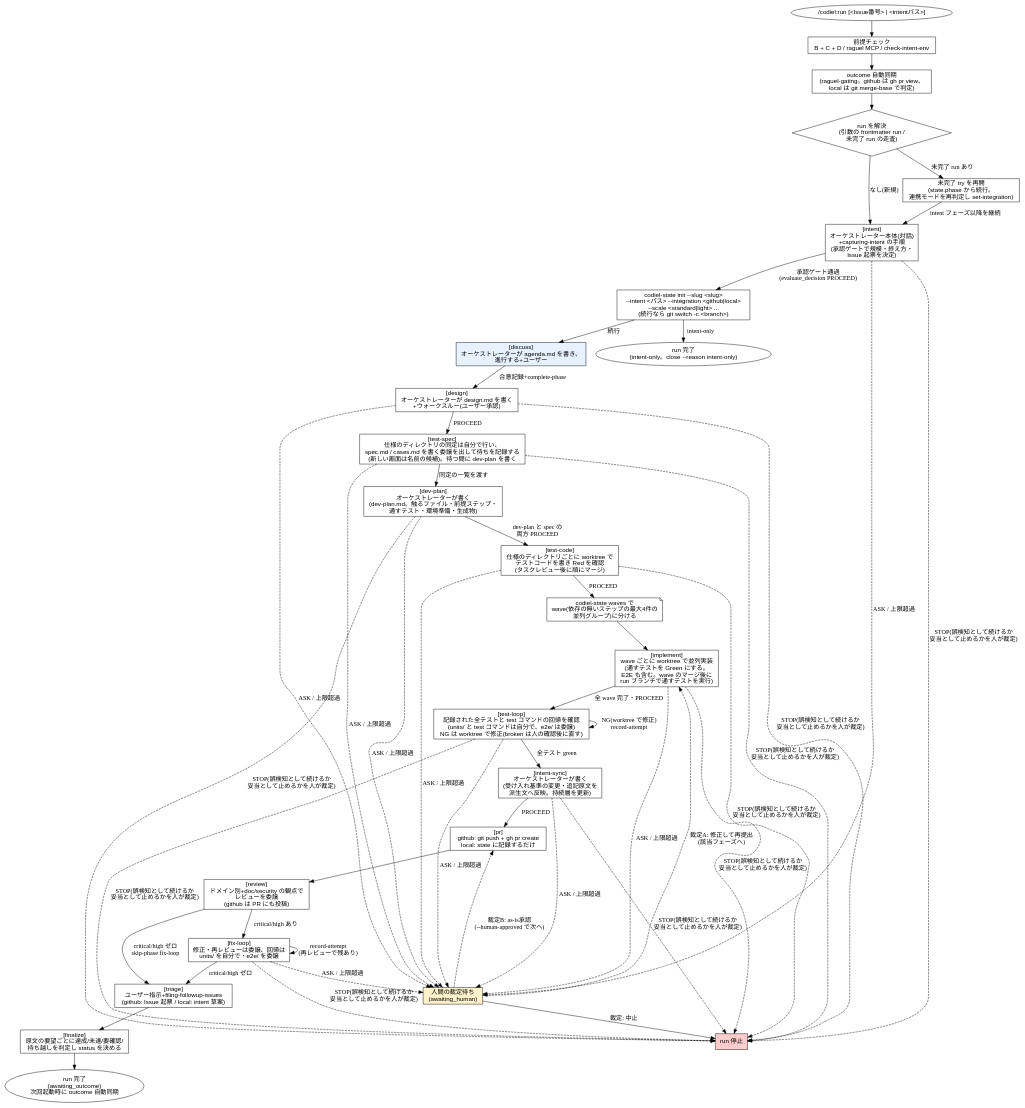
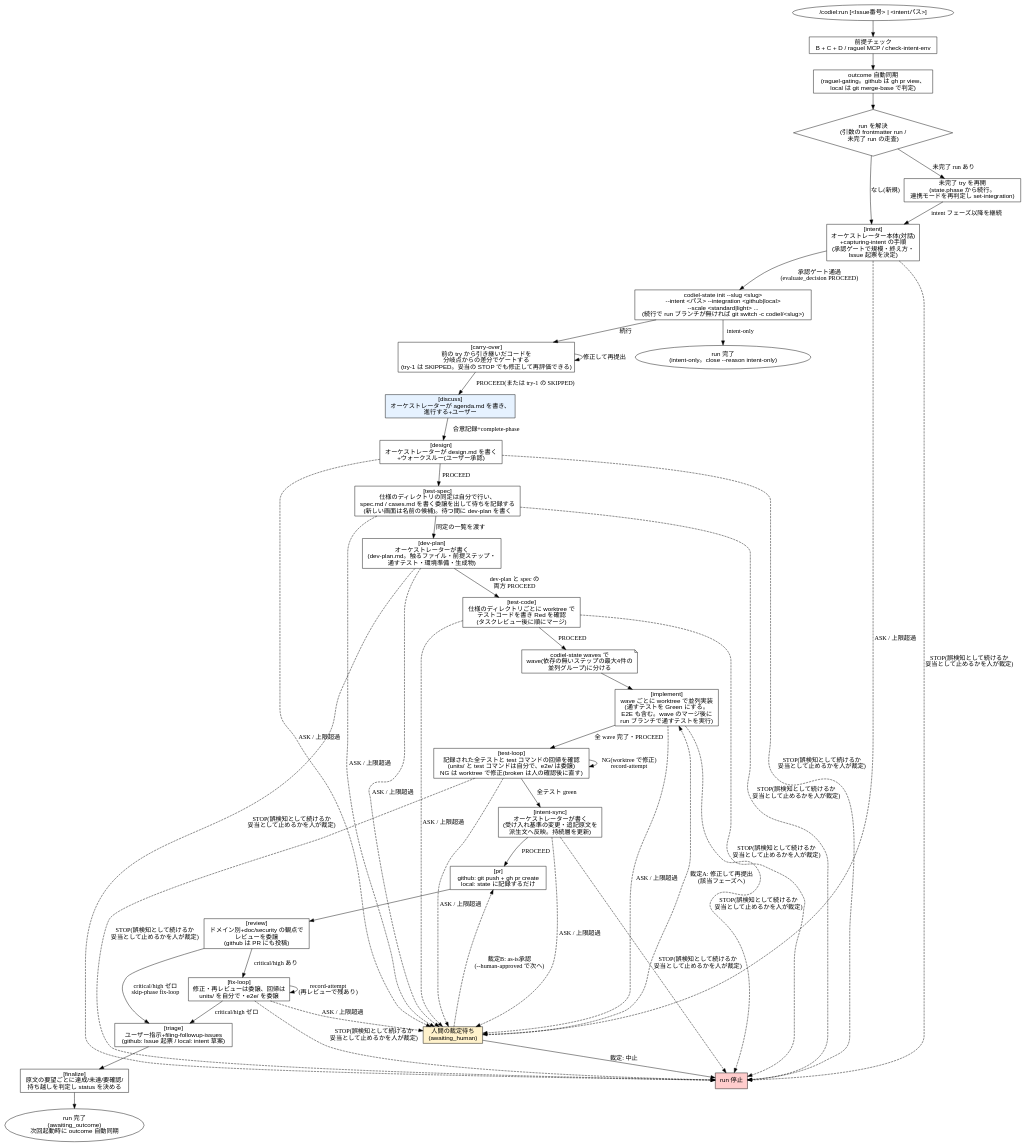
Diagram 14 of 14 in plugins/codiel/docs/skill-flowcharts.md (Amatsuka-kobo/amatsuka-claude-plugins), drawn with Graphviz before and after one commit. The commit also changed 32 other files, not shown here.

First line of the commit message:
feat(codiel): run のブランチを slug ごとに 1 本にし、引き継いだコードを carry-over で評価する

````diff
--- a/plugins/codiel/docs/skill-flowcharts.md
+++ b/plugins/codiel/docs/skill-flowcharts.md
@@ -574,66 +574,69 @@
 ```dot
 digraph codiel_run {
   rankdir=TB;
   node [fontname="sans-serif"];
 
   start [label="/codiel:run [<Issue番号> | <intentパス>]", shape=ellipse];
   precheck [label="前提チェック\nB + C + D / raguel MCP / check-intent-env", shape=box];
   sync [label="outcome 自動同期\n(raguel-gating。github は gh pr view、\nlocal は git merge-base で判定)", shape=box];
   resolve [label="run を解決\n(引数の frontmatter run /\n未完了 run の走査)", shape=diamond];
   resume [label="未完了 try を再開\n(state.phase から続行。\n連携モードを再判定し set-integration)", shape=box];
 
   intent [label="[intent]\nオーケストレーター本体(対話)\n+capturing-intent の手順\n(承認ゲートで規模・終え方・\nIssue 起票を決定)", shape=box];
-  intent_init [label="codiel-state init --slug <slug>\n--intent <パス> --integration <github|local>\n--scale <standard|light> ...\n(続行なら git switch -c <branch>)", shape=box];
+  intent_init [label="codiel-state init --slug <slug>\n--intent <パス> --integration <github|local>\n--scale <standard|light> ...\n(続行で run ブランチが無ければ git switch -c codiel/<slug>)", shape=box];
+  carryover [label="[carry-over]\n前の try から引き継いだコードを\n分岐点からの差分でゲートする\n(try-1 は SKIPPED。妥当の STOP でも修正して再評価できる)", shape=box];
   discuss [label="[discuss]\nオーケストレーターが agenda.md を書き、\n進行する+ユーザー", shape=box, style=filled, fillcolor="#e6f2ff"];
   design [label="[design]\nオーケストレーターが design.md を書く\n+ウォークスルー(ユーザー承認)", shape=box];
   testspec [label="[test-spec]\n仕様のディレクトリの同定は自分で行い、\nspec.md / cases.md を書く委譲を出して待ちを記録する\n(新しい画面は名前の候補)。待つ間に dev-plan を書く", shape=box];
   devplan [label="[dev-plan]\nオーケストレーターが書く\n(dev-plan.md。触るファイル・前提ステップ・\n通すテスト・環境準備・生成物)", shape=box];
   testcode [label="[test-code]\n仕様のディレクトリごとに worktree で\nテストコードを書き Red を確認\n(タスクレビュー後に順にマージ)", shape=box];
   waves [label="codiel-state waves で\nwave(依存の無いステップの最大4件の\n並列グループ)に分ける", shape=note];
   implement [label="[implement]\nwave ごとに worktree で並列実装\n(通すテストを Green にする。\nE2E も含む。wave のマージ後に\nrun ブランチで通すテストを実行)", shape=box];
   testloop [label="[test-loop]\n記録された全テストと test コマンドの回帰を確認\n(units/ と test コマンドは自分で、e2e/ は委譲)\nNG は worktree で修正(broken は人の確認後に直す)", shape=box];
   intentsync [label="[intent-sync]\nオーケストレーターが書く\n(受け入れ基準の変更・追記原文を\n派生文へ反映。持続層を更新)", shape=box];
   pr [label="[pr]\ngithub: git push + gh pr create\nlocal: state に記録するだけ", shape=box];
   review [label="[review]\nドメイン別+doc/security の観点で\nレビューを委譲\n(github は PR にも投稿)", shape=box];
   fixloop [label="[fix-loop]\n修正・再レビューは委譲、回帰は\nunits/ を自分で・e2e/ を委譲", shape=box];
   triage [label="[triage]\nユーザー指示+filing-followup-issues\n(github: Issue 起票 / local: intent 草案)", shape=box];
   finalize [label="[finalize]\n原文の要望ごとに達成/未達/要確認/\n持ち越しを判定し status を決める", shape=box];
 
   human [label="人間の裁定待ち\n(awaiting_human)", shape=box, style=filled, fillcolor="#fff2cc"];
   stopped [label="run 停止", shape=box, style=filled, fillcolor="#ffcccc"];
   outcome [label="run 完了\n(awaiting_outcome)\n次回起動時に outcome 自動同期", shape=ellipse];
   intentonly [label="run 完了\n(intent-only。close --reason intent-only)", shape=ellipse];
 
   start -> precheck -> sync -> resolve;
   resolve -> resume [label="未完了 run あり"];
   resolve -> intent [label="なし(新規)"];
   resume -> intent [label="intent フェーズ以降を継続"];
 
   intent -> intent_init [label="承認ゲート通過\n(evaluate_decision PROCEED)"];
-  intent_init -> discuss [label="続行"];
+  intent_init -> carryover [label="続行"];
   intent_init -> intentonly [label="intent-only"];
+  carryover -> discuss [label="PROCEED(または try-1 の SKIPPED)"];
+  carryover -> carryover [label="修正して再提出"];
   discuss -> design [label="合意記録+complete-phase"];
   design -> testspec [label="PROCEED"];
   testspec -> devplan [label="同定の一覧を渡す"];
   devplan -> testcode [label="dev-plan と spec の\n両方 PROCEED"];
   testcode -> waves [label="PROCEED"];
   waves -> implement;
   implement -> testloop [label="全 wave 完了・PROCEED"];
   testloop -> testloop [label="NG(worktree で修正)\nrecord-attempt"];
   testloop -> intentsync [label="全テスト green"];
   intentsync -> pr [label="PROCEED"];
   pr -> review;
   review -> fixloop [label="critical/high あり"];
   review -> triage [label="critical/high ゼロ\nskip-phase fix-loop"];
   fixloop -> fixloop [label="record-attempt\n(再レビューで残あり)"];
   fixloop -> triage [label="critical/high ゼロ"];
   triage -> finalize;
   finalize -> outcome;
 
   { intent design testspec devplan testcode implement testloop intentsync fixloop } -> human [label="ASK / 上限超過", style=dashed];
   { intent design testspec devplan testcode implement testloop intentsync fixloop } -> stopped [label="STOP(誤検知として続けるか\n妥当として止めるかを人が裁定)", style=dashed];
   human -> stopped [label="裁定: 中止"];
   human -> implement [label="裁定A: 修正して再提出\n(該当フェーズへ)", style=dashed];
   human -> pr [label="裁定B: as-is承認\n(--human-approved で次へ)", style=dashed];
 }
 ```
````
